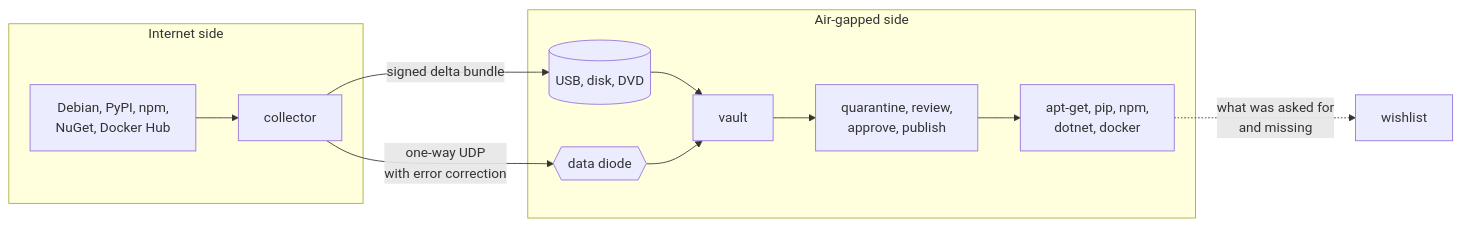
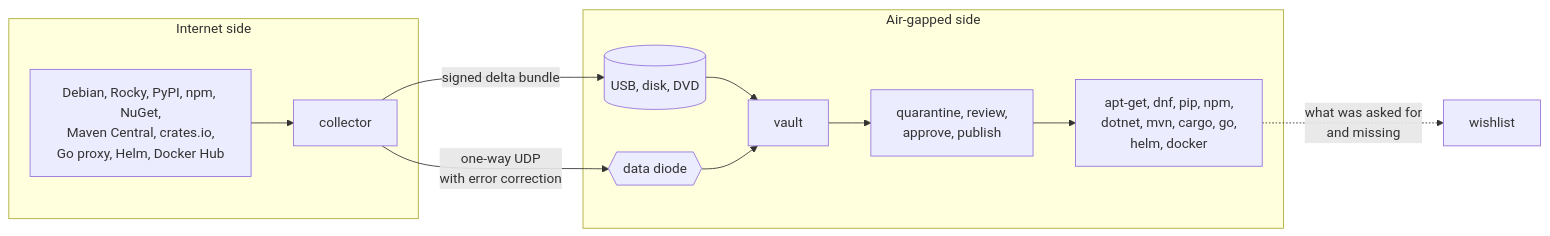
The diagram in README.md (Binchitects/mirror-every-repo), drawn with Mermaid before and after one commit. The commit also changed other lines of this file and 6 other files, not shown here.

````diff
--- a/README.md
+++ b/README.md
@@ -13,15 +13,15 @@
 ```mermaid
 flowchart LR
   subgraph out [Internet side]
-    U[Debian, PyPI, npm,<br/>NuGet, Docker Hub] --> C[collector]
+    U[Debian, Rocky, PyPI, npm, NuGet,<br/>Maven Central, crates.io,<br/>Go proxy, Helm, Docker Hub] --> C[collector]
   end
   C -- "signed delta bundle" --> M[(USB, disk, DVD)]
   C -- "one-way UDP<br/>with error correction" --> D{{data diode}}
   subgraph in [Air-gapped side]
     M --> V[vault]
     D --> V
     V --> G[quarantine, review,<br/>approve, publish]
-    G --> K[apt-get, pip, npm,<br/>dotnet, docker]
+    G --> K[apt-get, dnf, pip, npm,<br/>dotnet, mvn, cargo, go,<br/>helm, docker]
   end
   K -. "what was asked for<br/>and missing" .-> W[wishlist]
 ```
````
